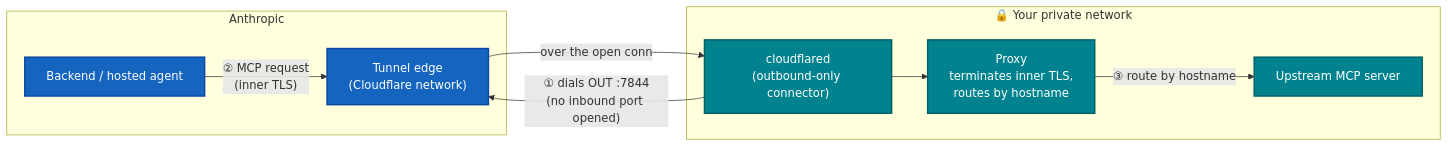
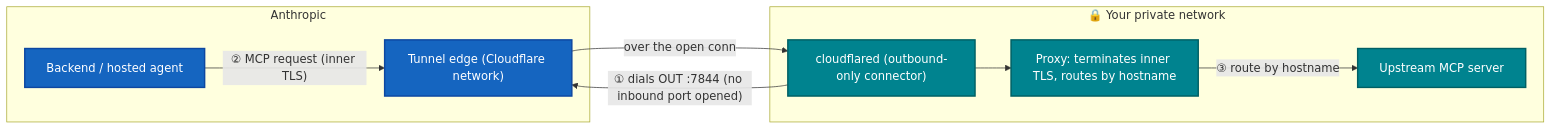
Before and after one commit to parmar-m/claude-architect-certification-prep: the fifth of 5 diagrams in CCA-P/domains/d3-integration.md, drawn with Mermaid. The commit also changed other lines of this file and 25 other files, not shown here.

````diff
--- a/CCA-P/domains/d3-integration.md
+++ b/CCA-P/domains/d3-integration.md
@@ -126,21 +126,21 @@
 ```mermaid
 flowchart LR
     subgraph ANT["Anthropic"]
         BK["Backend / hosted agent"]
-        EDGE["Tunnel edge<br/>(Cloudflare network)"]
+        EDGE["Tunnel edge (Cloudflare network)"]
     end
     subgraph YOU["🔒 Your private network"]
-        CF["cloudflared<br/>(outbound-only connector)"]
-        PX["Proxy<br/>terminates inner TLS,<br/>routes by hostname"]
+        CF["cloudflared (outbound-only connector)"]
+        PX["Proxy: terminates inner TLS, routes by hostname"]
         MCP["Upstream MCP server"]
     end
-    CF -->|"① dials OUT :7844<br/>(no inbound port opened)"| EDGE
-    BK -->|"② MCP request<br/>(inner TLS)"| EDGE
+    CF -->|"① dials OUT :7844 (no inbound port opened)"| EDGE
+    BK -->|"② MCP request (inner TLS)"| EDGE
     EDGE -->|over the open conn| CF
     CF --> PX
     PX -->|"③ route by hostname"| MCP
     classDef ant fill:#1565C0,color:#fff,stroke:#0D47A1,stroke-width:2px
     classDef you fill:#00838F,color:#fff,stroke:#006064,stroke-width:2px
     class BK,EDGE ant
     class CF,PX,MCP you
 ```
````
